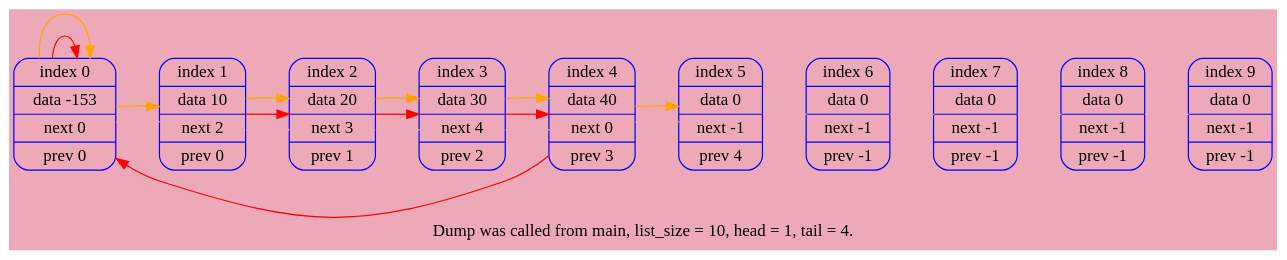
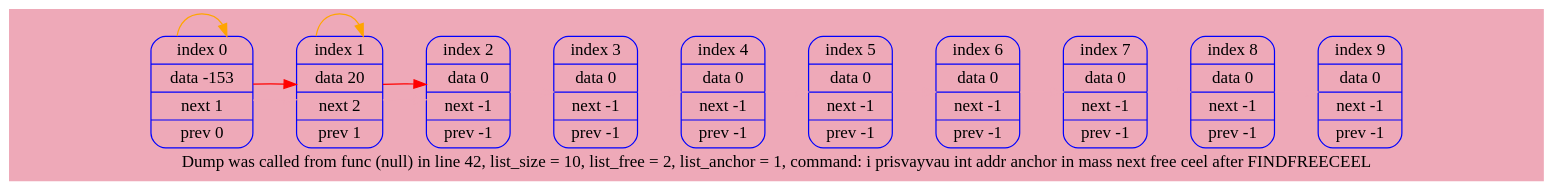
One commit to h1gro/list changed the diagram in Dump.dot. Above: the diagram before and after it, drawn with Graphviz. The commit also changed 11 other files, not shown here.

```diff
--- a/Dump.dot
+++ b/Dump.dot
@@ -1,37 +1,30 @@
 digraph G
 {
     rankdir = LR;
     bgcolor = "pink2"
     node[color = blue, fontsize = 14];
     edge[color = black, fontsize = 12];
 
-    0 [shape = Mrecord, label = "index    0 | data -153 | next    0 | prev    0"];
-    1 [shape = Mrecord, label = "index    1 | data   10 | next    2 | prev    0"];
-    2 [shape = Mrecord, label = "index    2 | data   20 | next    3 | prev    1"];
-    3 [shape = Mrecord, label = "index    3 | data   30 | next    4 | prev    2"];
-    4 [shape = Mrecord, label = "index    4 | data   40 | next    0 | prev    3"];
-    5 [shape = Mrecord, label = "index    5 | data    0 | next   -1 | prev    4"];
+    0 [shape = Mrecord, label = "index    0 | data -153 | next    1 | prev    0"];
+    1 [shape = Mrecord, label = "index    1 | data   20 | next    2 | prev    1"];
+    2 [shape = Mrecord, label = "index    2 | data    0 | next   -1 | prev   -1"];
+    3 [shape = Mrecord, label = "index    3 | data    0 | next   -1 | prev   -1"];
+    4 [shape = Mrecord, label = "index    4 | data    0 | next   -1 | prev   -1"];
+    5 [shape = Mrecord, label = "index    5 | data    0 | next   -1 | prev   -1"];
     6 [shape = Mrecord, label = "index    6 | data    0 | next   -1 | prev   -1"];
     7 [shape = Mrecord, label = "index    7 | data    0 | next   -1 | prev   -1"];
     8 [shape = Mrecord, label = "index    8 | data    0 | next   -1 | prev   -1"];
     9 [shape = Mrecord, label = "index    9 | data    0 | next   -1 | prev   -1"];
 
     0 -> 1 -> 2 -> 3 -> 4 -> 5 -> 6 -> 7 -> 8 -> 9 [weight = 100000, color = "pink2"];
 
-    label = "Dump was called from main, list_size = 10, head = 1, tail = 4.";
+    label = "Dump was called from func (null) in line 42, list_size = 10, list_free = 2, list_anchor = 1, command: i prisvayvau int addr anchor in mass next free ceel after FINDFREECEEL";
 
     /*next nods:*/ 
-    0 -> 0 [color = "red1"];
+    0 -> 1 [color = "red1"];
     1 -> 2 [color = "red1"];
-    2 -> 3 [color = "red1"];
-    3 -> 4 [color = "red1"];
-    4 -> 0 [color = "red1"];
 
     /*prev nods:*/ 
     0 -> 0 [color = "orange"];
-    0 -> 1 [color = "orange"];
-    1 -> 2 [color = "orange"];
-    2 -> 3 [color = "orange"];
-    3 -> 4 [color = "orange"];
-    4 -> 5 [color = "orange"];
+    1 -> 1 [color = "orange"];
 }
```
